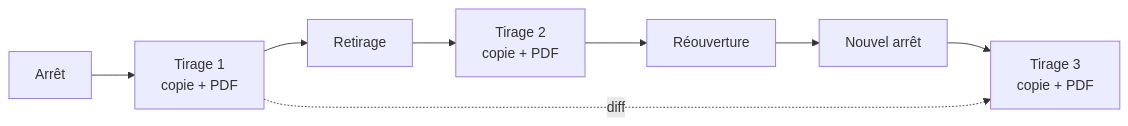
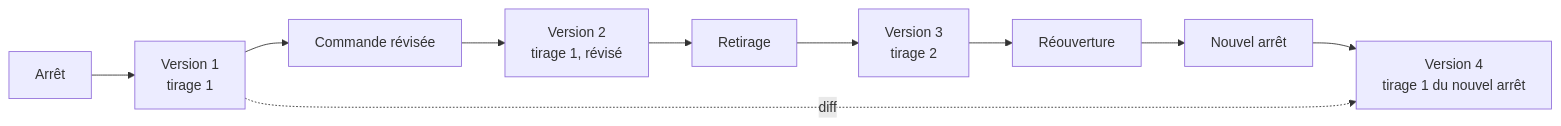
One commit to hugoheynard/lfd changed the diagram in documentation/fournil/plan-historique-des-tirages.md. Above: the diagram before and after it, drawn with Mermaid. The commit also changed other lines of this file and 1 other file, not shown here.

````diff
--- a/documentation/fournil/plan-historique-des-tirages.md
+++ b/documentation/fournil/plan-historique-des-tirages.md
@@ -15,7 +17,8 @@
 ```mermaid
 flowchart LR
-  A[Arrêt] --> T1[Tirage 1<br/>copie + PDF]
-  T1 --> R[Retirage] --> T2[Tirage 2<br/>copie + PDF]
-  T2 --> O[Réouverture] --> A2[Nouvel arrêt] --> T3[Tirage 3<br/>copie + PDF]
-  T1 -. diff .-> T3
+  A[Arrêt] --> V1[Version 1<br/>tirage 1]
+  V1 --> M[Commande révisée] --> V2[Version 2<br/>tirage 1, révisé]
+  V2 --> R[Retirage] --> V3[Version 3<br/>tirage 2]
+  V3 --> O[Réouverture] --> A2[Nouvel arrêt] --> V4[Version 4<br/>tirage 1 du nouvel arrêt]
+  V1 -. diff .-> V4
 ```
````
